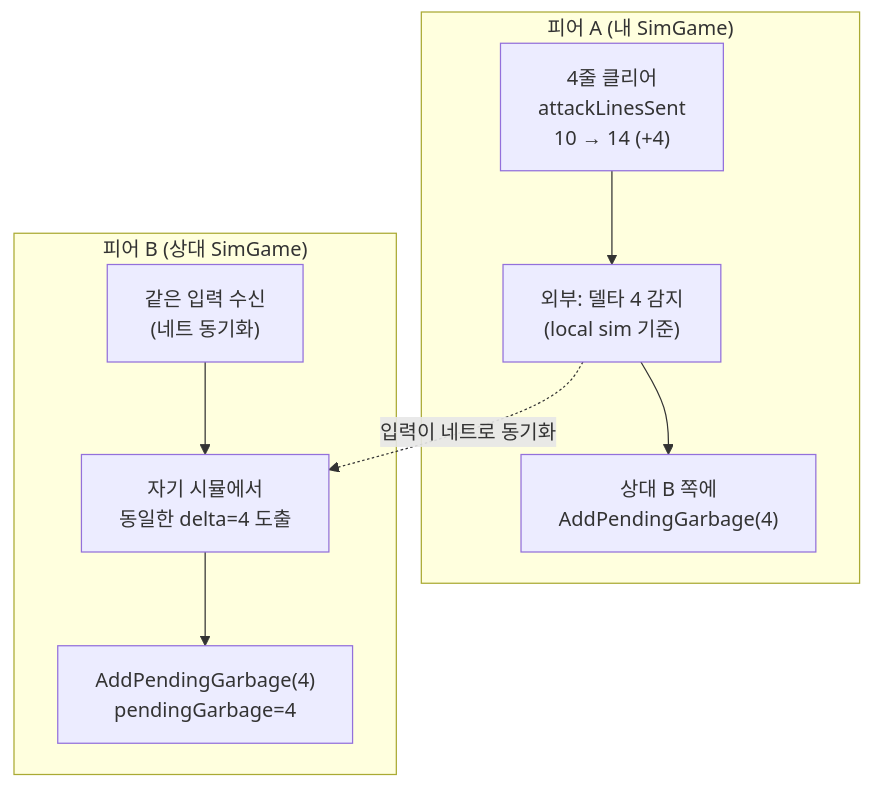
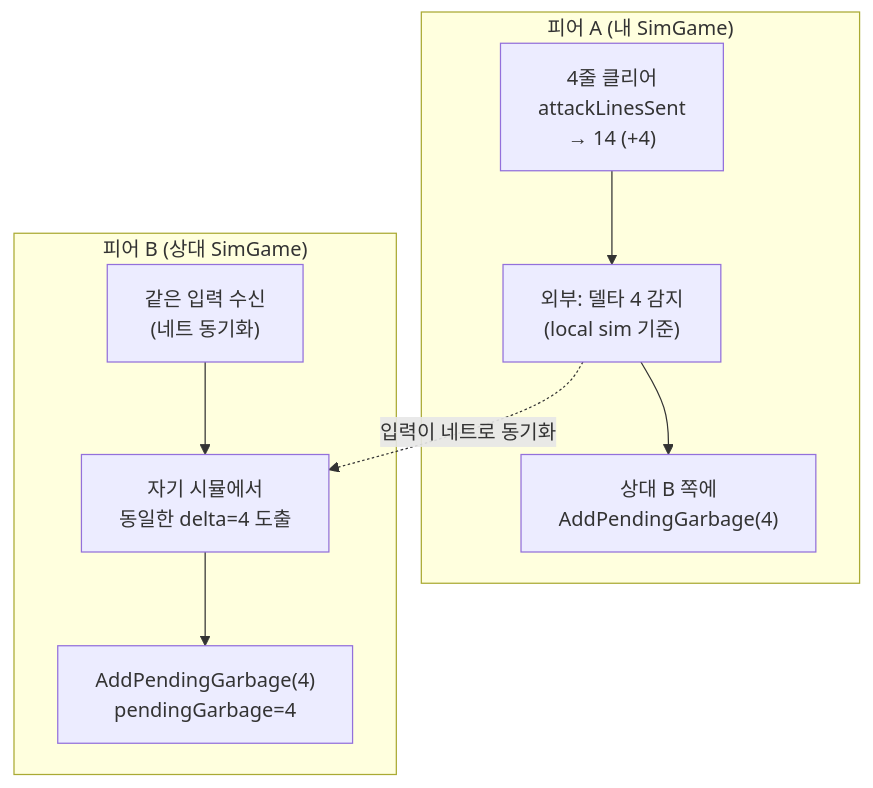
The fourth of 9 diagrams in docs/blog/part1-deterministic-simulation.md (Rein-ArXiv/Tetris-Multiplayer-RL), drawn with Mermaid before and after one commit. The commit also changed other lines of this file and 39 other files, not shown here.

````diff
--- a/docs/blog/part1-deterministic-simulation.md
+++ b/docs/blog/part1-deterministic-simulation.md
@@ -975,18 +975,18 @@
 ```mermaid
 graph TB
     subgraph PeerA["피어 A (내 SimGame)"]
-        A1["4줄 클리어<br/>attackLinesSent<br/>10 → 14 (+4)"]
+        A1["4줄 클리어<br/>attackLinesSent<br/>→ 14 (+4)"]
         A2["외부: 델타 4 감지<br/>(local sim 기준)"]
         A3["상대 B 쪽에<br/>AddPendingGarbage(4)"]
         A1 --> A2 --> A3
     end
 
     subgraph PeerB["피어 B (상대 SimGame)"]
         B1["같은 입력 수신<br/>(네트 동기화)"]
         B2["자기 시뮬에서<br/>동일한 delta=4 도출"]
         B3["AddPendingGarbage(4)<br/>pendingGarbage=4"]
         B1 --> B2 --> B3
     end
 
     A2 -. 입력이 네트로 동기화 .-> B2
 ```
````
